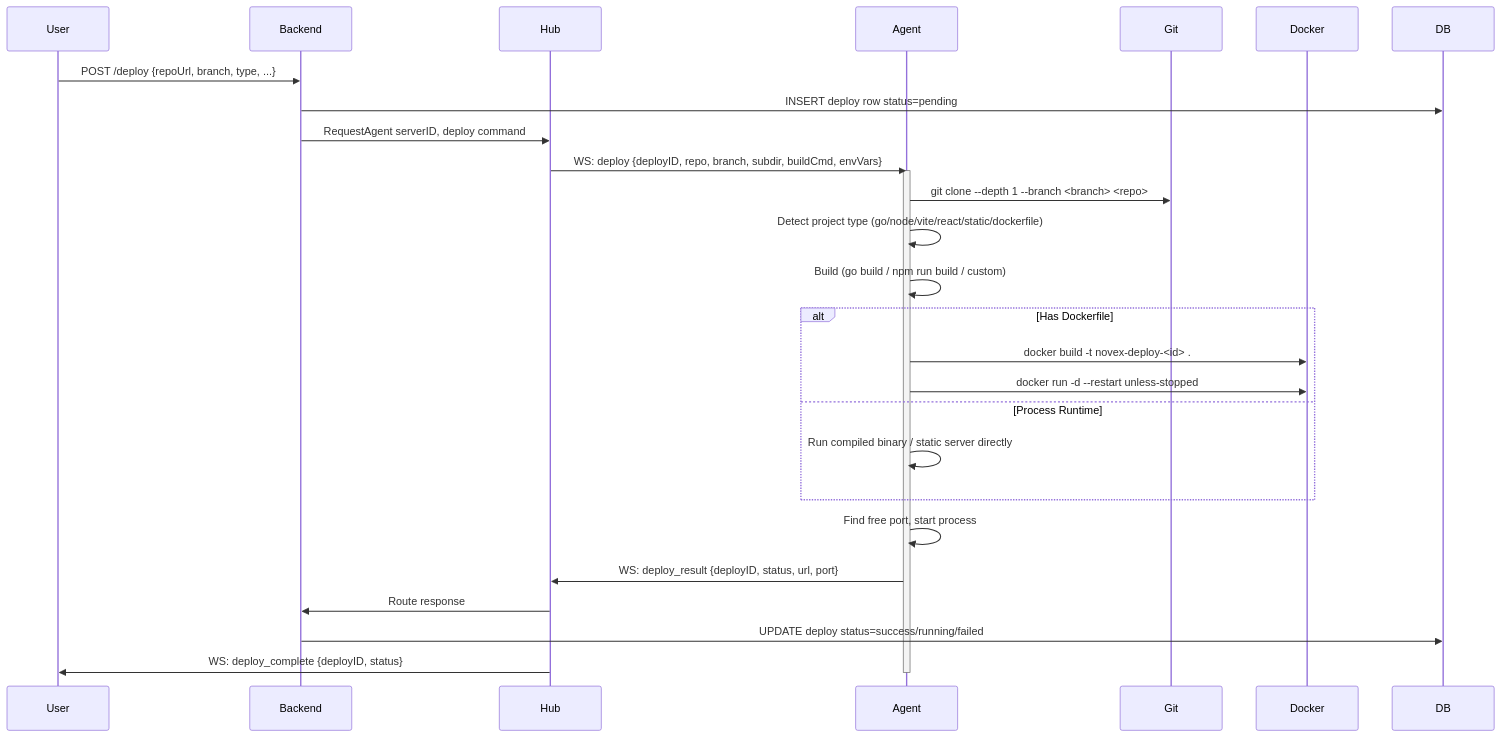
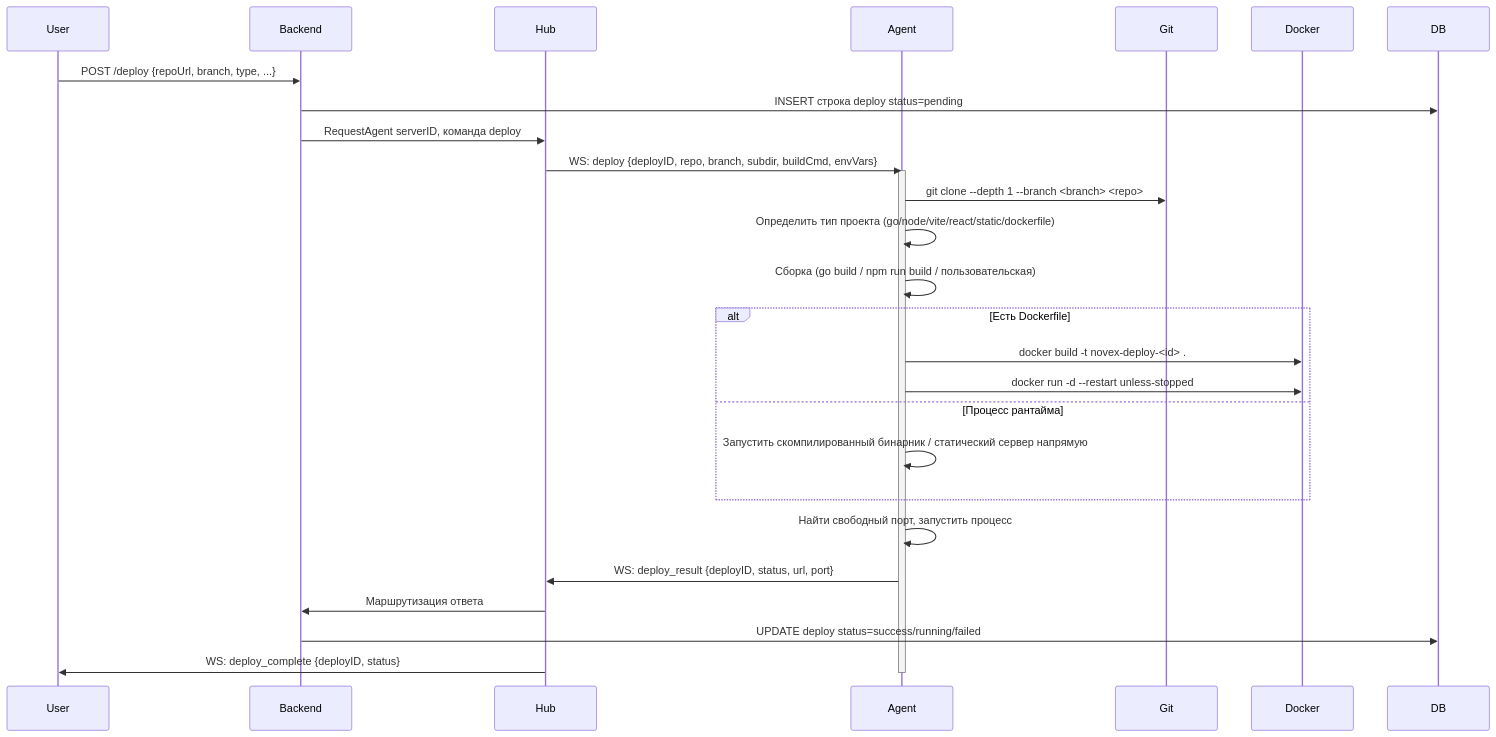
The third of 6 diagrams in Review-NovexPanel.md (botoli/NovexPanel), drawn with Mermaid before and after one commit. The commit also changed other lines of this file, not shown here.

````diff
--- a/Review-NovexPanel.md
+++ b/Review-NovexPanel.md
@@ -82,31 +86,31 @@
 ```mermaid
 sequenceDiagram
     participant User
     participant Backend
     participant Hub
     participant Agent
     participant Git
     participant Docker
 
     User->>Backend: POST /deploy {repoUrl, branch, type, ...}
-    Backend->>DB: INSERT deploy row status=pending
-    Backend->>Hub: RequestAgent serverID, deploy command
+    Backend->>DB: INSERT строка deploy status=pending
+    Backend->>Hub: RequestAgent serverID, команда deploy
     Hub->>Agent: WS: deploy {deployID, repo, branch, subdir, buildCmd, envVars}
     
     activate Agent
     Agent->>Git: git clone --depth 1 --branch <branch> <repo>
-    Agent->>Agent: Detect project type (go/node/vite/react/static/dockerfile)
-    Agent->>Agent: Build (go build / npm run build / custom)
-    alt Has Dockerfile
+    Agent->>Agent: Определить тип проекта (go/node/vite/react/static/dockerfile)
+    Agent->>Agent: Сборка (go build / npm run build / пользовательская)
+    alt Есть Dockerfile
         Agent->>Docker: docker build -t novex-deploy-<id> .
         Agent->>Docker: docker run -d --restart unless-stopped
-    else Process Runtime
-        Agent->>Agent: Run compiled binary / static server directly
+    else Процесс рантайма
+        Agent->>Agent: Запустить скомпилированный бинарник / статический сервер напрямую
     end
-    Agent->>Agent: Find free port, start process
+    Agent->>Agent: Найти свободный порт, запустить процесс
     Agent->>Hub: WS: deploy_result {deployID, status, url, port}
-    Hub->>Backend: Route response
+    Hub->>Backend: Маршрутизация ответа
     Backend->>DB: UPDATE deploy status=success/running/failed
     Hub->>User: WS: deploy_complete {deployID, status}
     deactivate Agent
 ```
````
